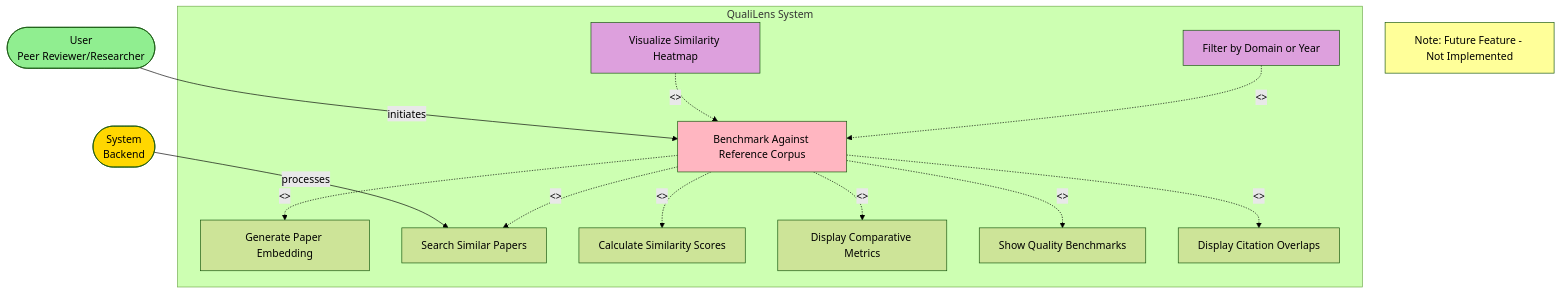
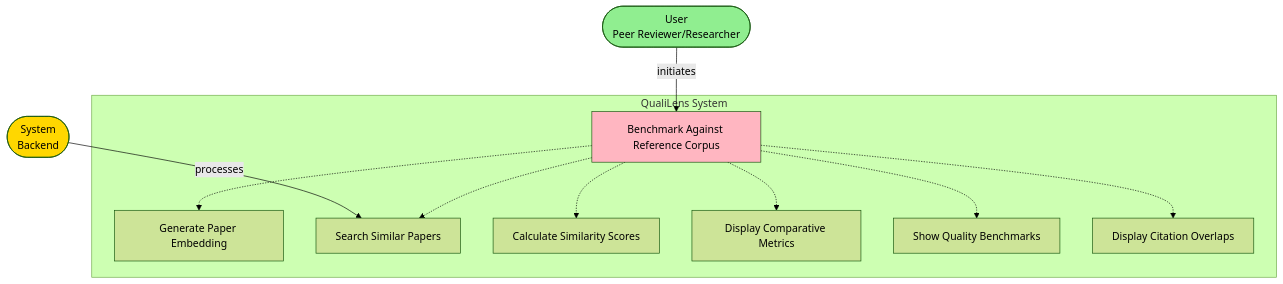
One commit to giuliobarde/QualiLens changed the ninth of 12 diagrams in docs/architecture/4_USE_CASE_DIAGRAM.md. Above: the diagram before and after it, drawn with Mermaid (forest theme). The commit also changed other lines of this file and 5 other files, not shown here.

Commit message:
updated diagrams and requirements

````diff
--- a/docs/architecture/4_USE_CASE_DIAGRAM.md
+++ b/docs/architecture/4_USE_CASE_DIAGRAM.md
@@ -301,38 +237,29 @@
 ```mermaid
 graph TD
     User([User<br/>Peer Reviewer/Researcher])
     System([System<br/>Backend])
     
     subgraph "QualiLens System"
         UC09[Benchmark Against Reference Corpus]
         UC09a[Generate Paper Embedding]
         UC09b[Search Similar Papers]
         UC09c[Calculate Similarity Scores]
         UC09d[Display Comparative Metrics]
         UC09e[Show Quality Benchmarks]
         UC09f[Display Citation Overlaps]
-        UC09g[Filter by Domain or Year]
-        UC09h[Visualize Similarity Heatmap]
         
-        UC09 -.->|<<include>>| UC09a
-        UC09 -.->|<<include>>| UC09b
-        UC09 -.->|<<include>>| UC09c
-        UC09 -.->|<<include>>| UC09d
-        UC09 -.->|<<include>>| UC09e
-        UC09 -.->|<<include>>| UC09f
-        UC09g -.->|<<extend>>| UC09
-        UC09h -.->|<<extend>>| UC09
+        UC09 -.-> UC09a
+        UC09 -.-> UC09b
+        UC09 -.-> UC09c
+        UC09 -.-> UC09d
+        UC09 -.-> UC09e
+        UC09 -.-> UC09f
     end
     
     User -->|initiates| UC09
     System -->|processes| UC09b
     
     style User fill:#90EE90
     style System fill:#FFD700
     style UC09 fill:#FFB6C1
-    style UC09g fill:#DDA0DD
-    style UC09h fill:#DDA0DD
-    
-    Note3[Note: Future Feature - Not Implemented]
-    style Note3 fill:#FFFF99
 ```
````
